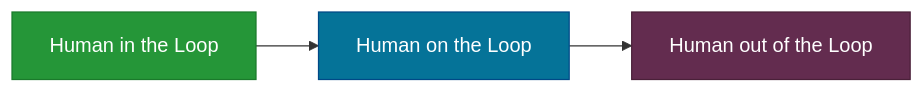
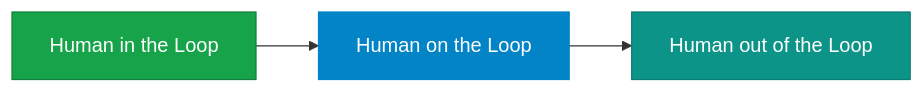
One commit to nitin27may/ai-resources changed the second of 3 diagrams in docs/patterns/enterprise-patterns.md. Above: the diagram before and after it, drawn with Mermaid. The commit also changed other lines of this file and 84 other files, not shown here.

````diff
--- a/docs/patterns/enterprise-patterns.md
+++ b/docs/patterns/enterprise-patterns.md
@@ -70,8 +77,8 @@
 ```mermaid
 graph LR
     A[Human in the Loop] --> B[Human on the Loop] --> C[Human out of the Loop]
 
-    style A fill:#259638,stroke:#1a7a2b,color:#fff
-    style B fill:#057398,stroke:#004987,color:#fff
-    style C fill:#632C4F,stroke:#4a2039,color:#fff
+    style A fill:#16a34a,stroke:#15803d,color:#fff
+    style B fill:#0284c7,stroke:#0284c7,color:#fff
+    style C fill:#0d9488,stroke:#0b7a72,color:#fff
 ```
````
